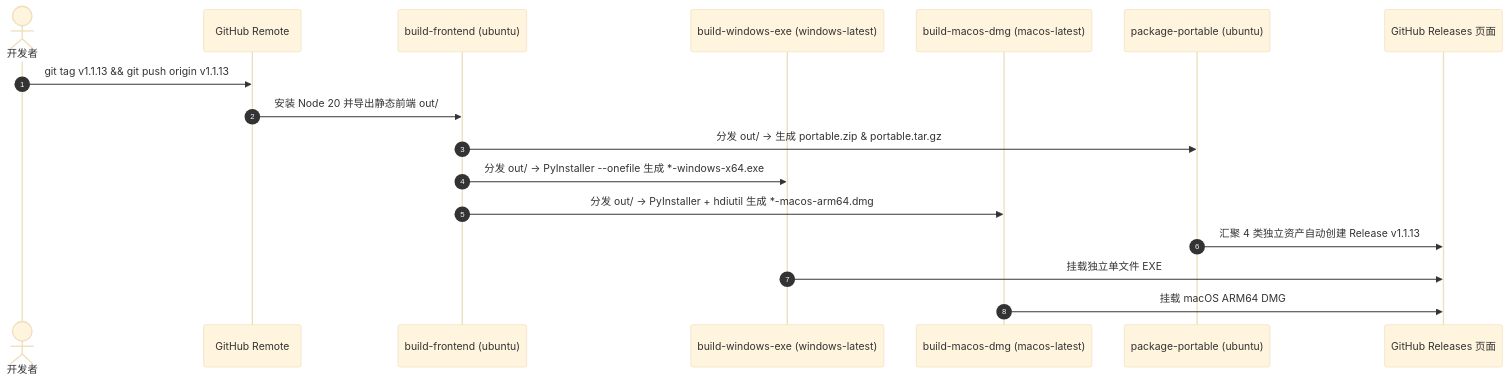
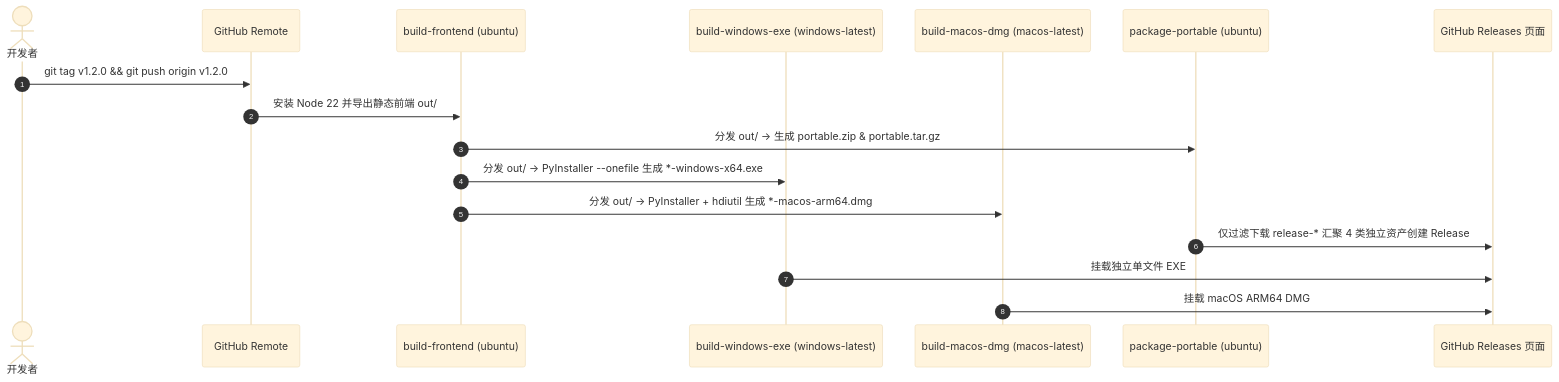
The second of 2 diagrams in README.md (voodooq/agenthub-local), drawn with Mermaid (base theme) before and after one commit. The commit also changed other lines of this file, not shown here.

````diff
--- a/README.md
+++ b/README.md
@@ -321,20 +163,20 @@
 ```mermaid
 sequenceDiagram
     autonumber
     actor Dev as 开发者
     participant GH as GitHub Remote
     participant FE as build-frontend (ubuntu)
     participant Win as build-windows-exe (windows-latest)
     participant Mac as build-macos-dmg (macos-latest)
     participant Port as package-portable (ubuntu)
     participant Rel as GitHub Releases 页面
 
-    Dev->>GH: git tag v1.1.13 && git push origin v1.1.13
-    GH->>FE: 安装 Node 20 并导出静态前端 out/
+    Dev->>GH: git tag v1.2.0 && git push origin v1.2.0
+    GH->>FE: 安装 Node 22 并导出静态前端 out/
     FE->>Port: 分发 out/ -> 生成 portable.zip & portable.tar.gz
     FE->>Win: 分发 out/ -> PyInstaller --onefile 生成 *-windows-x64.exe
     FE->>Mac: 分发 out/ -> PyInstaller + hdiutil 生成 *-macos-arm64.dmg
-    Port->>Rel: 汇聚 4 类独立资产自动创建 Release v1.1.13
+    Port->>Rel: 仅过滤下载 release-* 汇聚 4 类独立资产创建 Release
     Win->>Rel: 挂载独立单文件 EXE
     Mac->>Rel: 挂载 macOS ARM64 DMG
 ```
````
